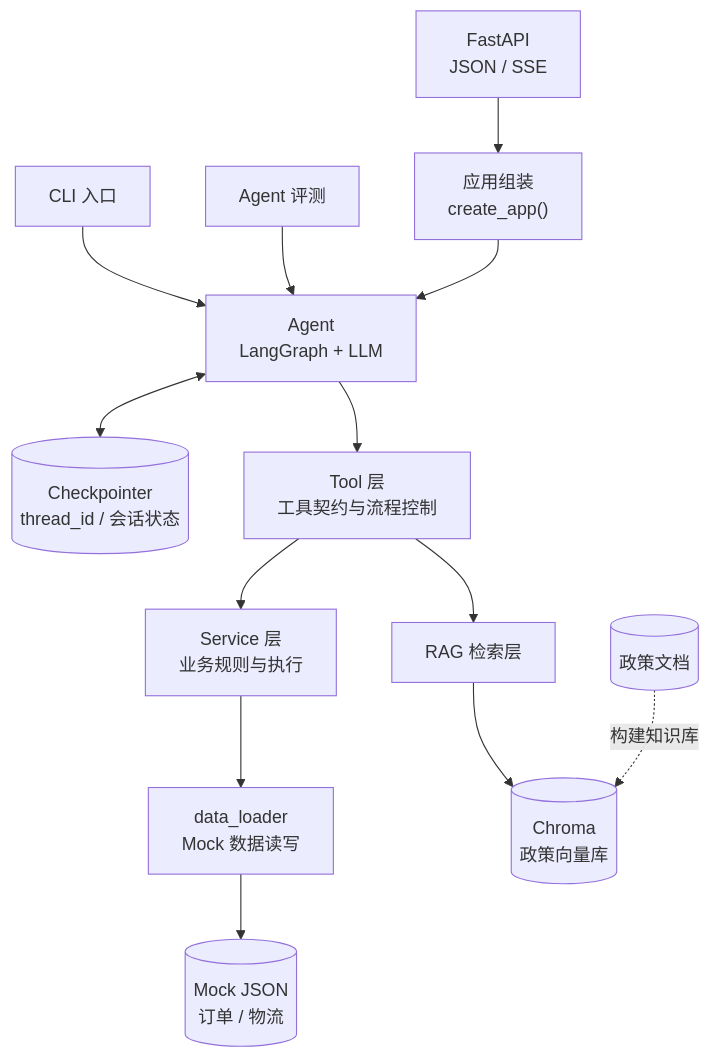
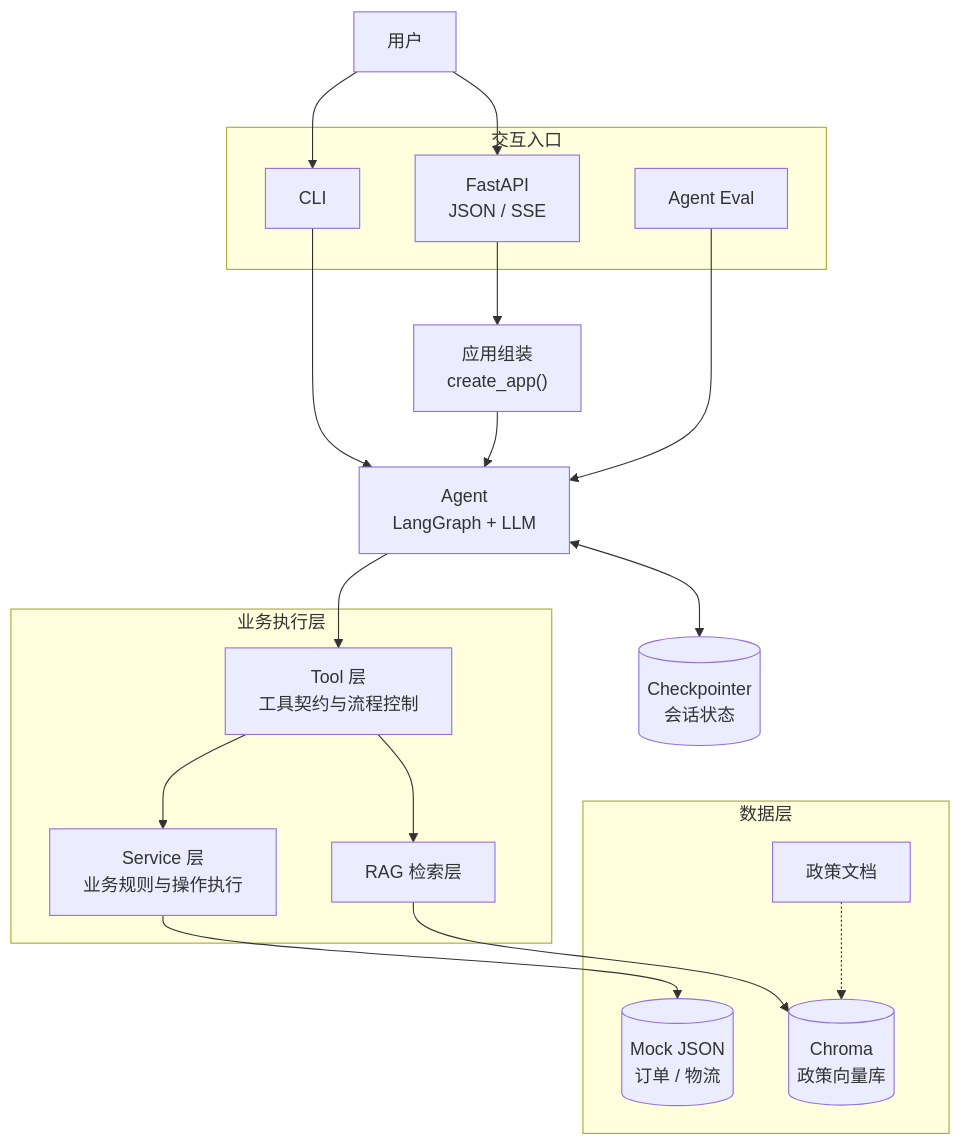
One commit to Qiwenweiii/hitl-customer-service-agent changed the first of 2 diagrams in README.md. Above: the diagram before and after it, drawn with Mermaid. The commit also changed other lines of this file, not shown here.

````diff
--- a/README.md
+++ b/README.md
@@ -79,28 +122,41 @@
 ```mermaid
 flowchart TB
-    CLI["CLI 入口"]
-    API["FastAPI<br/>JSON / SSE"]
-    EVAL["Agent 评测"]
+    USER["用户"]
+
+    subgraph Entry["交互入口"]
+        CLI["CLI"]
+        API["FastAPI<br/>JSON / SSE"]
+        EVAL["Agent Eval"]
+    end
 
     APP["应用组装<br/>create_app()"]
     AGENT["Agent<br/>LangGraph + LLM"]
-    CP[("Checkpointer<br/>thread_id / 会话状态")]
+    CP[("Checkpointer<br/>会话状态")]
 
-    TOOL["Tool 层<br/>工具契约与流程控制"]
-    SERVICE["Service 层<br/>业务规则与执行"]
-    RAG["RAG 检索层"]
-    LOADER["data_loader<br/>Mock 数据读写"]
+    subgraph Core["业务执行层"]
+        TOOL["Tool 层<br/>工具契约与流程控制"]
+        SERVICE["Service 层<br/>业务规则与操作执行"]
+        RAG["RAG 检索层"]
+    end
 
-    JSON[("Mock JSON<br/>订单 / 物流")]
-    CHROMA[("Chroma<br/>政策向量库")]
-    DOCS[("政策文档")]
+    subgraph Data["数据层"]
+        JSON[("Mock JSON<br/>订单 / 物流")]
+        CHROMA[("Chroma<br/>政策向量库")]
+        DOCS["政策文档"]
+    end
+
+    USER --> CLI
+    USER --> API
 
     CLI --> AGENT
+    API --> APP --> AGENT
     EVAL --> AGENT
-    API --> APP --> AGENT
+
     AGENT <--> CP
     AGENT --> TOOL
-    TOOL --> SERVICE --> LOADER --> JSON
+
+    TOOL --> SERVICE --> JSON
     TOOL --> RAG --> CHROMA
-    DOCS -. 构建知识库 .-> CHROMA
+
+    DOCS -.-> CHROMA
 ```
````
